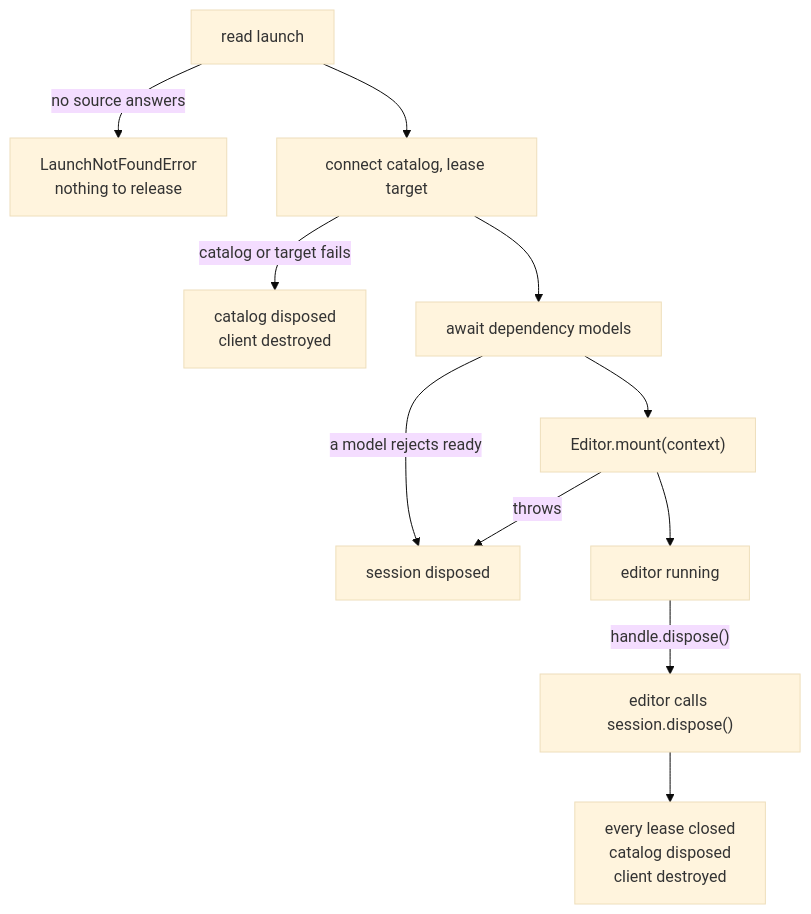
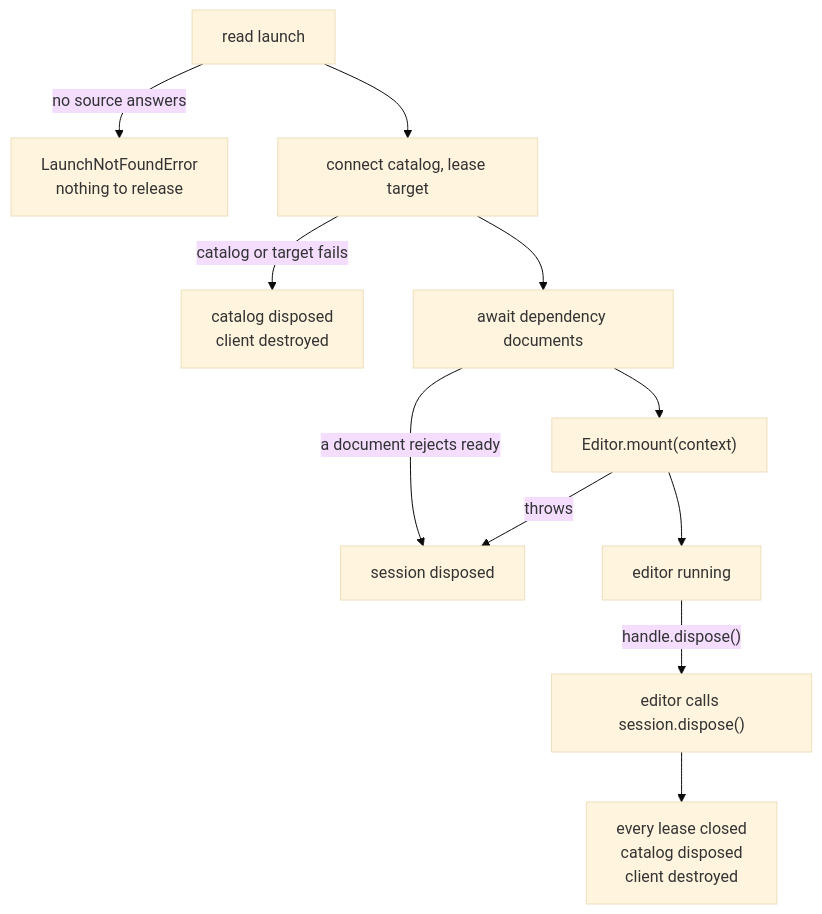
The eighth of 10 diagrams in packages/editors/host/ARCHITECTURE.md (JollyPixel/editor), drawn with Mermaid (base theme) before and after one commit. The commit also changed other lines of this file and 88 other files, not shown here.

````diff
--- a/packages/editors/host/ARCHITECTURE.md
+++ b/packages/editors/host/ARCHITECTURE.md
@@ -263,13 +268,13 @@
 ```mermaid
 flowchart TB
   Read["read launch"] -->|"no source answers"| E1["LaunchNotFoundError<br/>nothing to release"]
   Read --> Connect["connect catalog, lease target"]
   Connect -->|"catalog or target fails"| E2["catalog disposed<br/>client destroyed"]
-  Connect --> Ready["await dependency models"]
-  Ready -->|"a model rejects ready"| E3["session disposed"]
+  Connect --> Ready["await dependency documents"]
+  Ready -->|"a document rejects ready"| E3["session disposed"]
   Ready --> MountStep["Editor.mount(context)"]
   MountStep -->|"throws"| E3
   MountStep --> Running["editor running"]
   Running -->|"handle.dispose()"| Dispose["editor calls session.dispose()"]
   Dispose --> Released["every lease closed<br/>catalog disposed<br/>client destroyed"]
 ```
````
